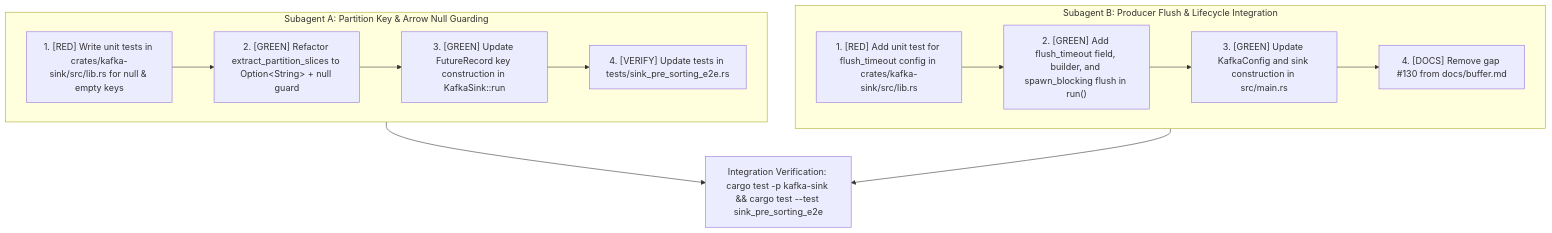
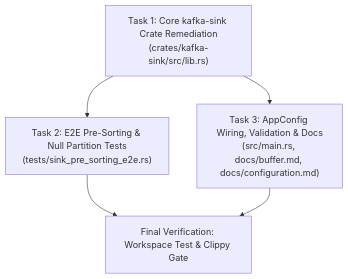
The diagram in docs/superpowers/specs/2026-10-24-kafka-sink-flush-null-partition-keys-design.md (jimmystewpot/opentelemetry-datalake), drawn with Mermaid before and after one commit. The commit also changed other lines of this file and 1 other file, not shown here.

````diff
--- a/docs/superpowers/specs/2026-10-24-kafka-sink-flush-null-partition-keys-design.md
+++ b/docs/superpowers/specs/2026-10-24-kafka-sink-flush-null-partition-keys-design.md
@@ -148,21 +160,12 @@
 ```mermaid
 flowchart TD
-    subgraph SubagentA["Subagent A: Partition Key & Arrow Null Guarding"]
-        A1["1. [RED] Write unit tests in crates/kafka-sink/src/lib.rs for null & empty keys"]
-        A2["2. [GREEN] Refactor extract_partition_slices to Option&lt;String&gt; + null guard"]
-        A3["3. [GREEN] Update FutureRecord key construction in KafkaSink::run"]
-        A4["4. [VERIFY] Update tests in tests/sink_pre_sorting_e2e.rs"]
-        A1 --> A2 --> A3 --> A4
-    end
+    T1["Task 1: Core kafka-sink Crate Remediation<br/>(crates/kafka-sink/src/lib.rs)"]
+    T2["Task 2: E2E Pre-Sorting & Null Partition Tests<br/>(tests/sink_pre_sorting_e2e.rs)"]
+    T3["Task 3: AppConfig Wiring, Validation & Docs<br/>(src/main.rs, docs/buffer.md, docs/configuration.md)"]
+    T4["Final Verification: Workspace Test & Clippy Gate"]
 
-    subgraph SubagentB["Subagent B: Producer Flush & Lifecycle Integration"]
-        B1["1. [RED] Add unit test for flush_timeout config in crates/kafka-sink/src/lib.rs"]
-        B2["2. [GREEN] Add flush_timeout field, builder, and spawn_blocking flush in run()"]
-        B3["3. [GREEN] Update KafkaConfig and sink construction in src/main.rs"]
-        B4["4. [DOCS] Remove gap #130 from docs/buffer.md"]
-        B1 --> B2 --> B3 --> B4
-    end
-
-    SubagentA --> IntegrationCheck["Integration Verification: cargo test -p kafka-sink && cargo test --test sink_pre_sorting_e2e"]
-    SubagentB --> IntegrationCheck
+    T1 --> T2
+    T1 --> T3
+    T2 --> T4
+    T3 --> T4
 ```
````
